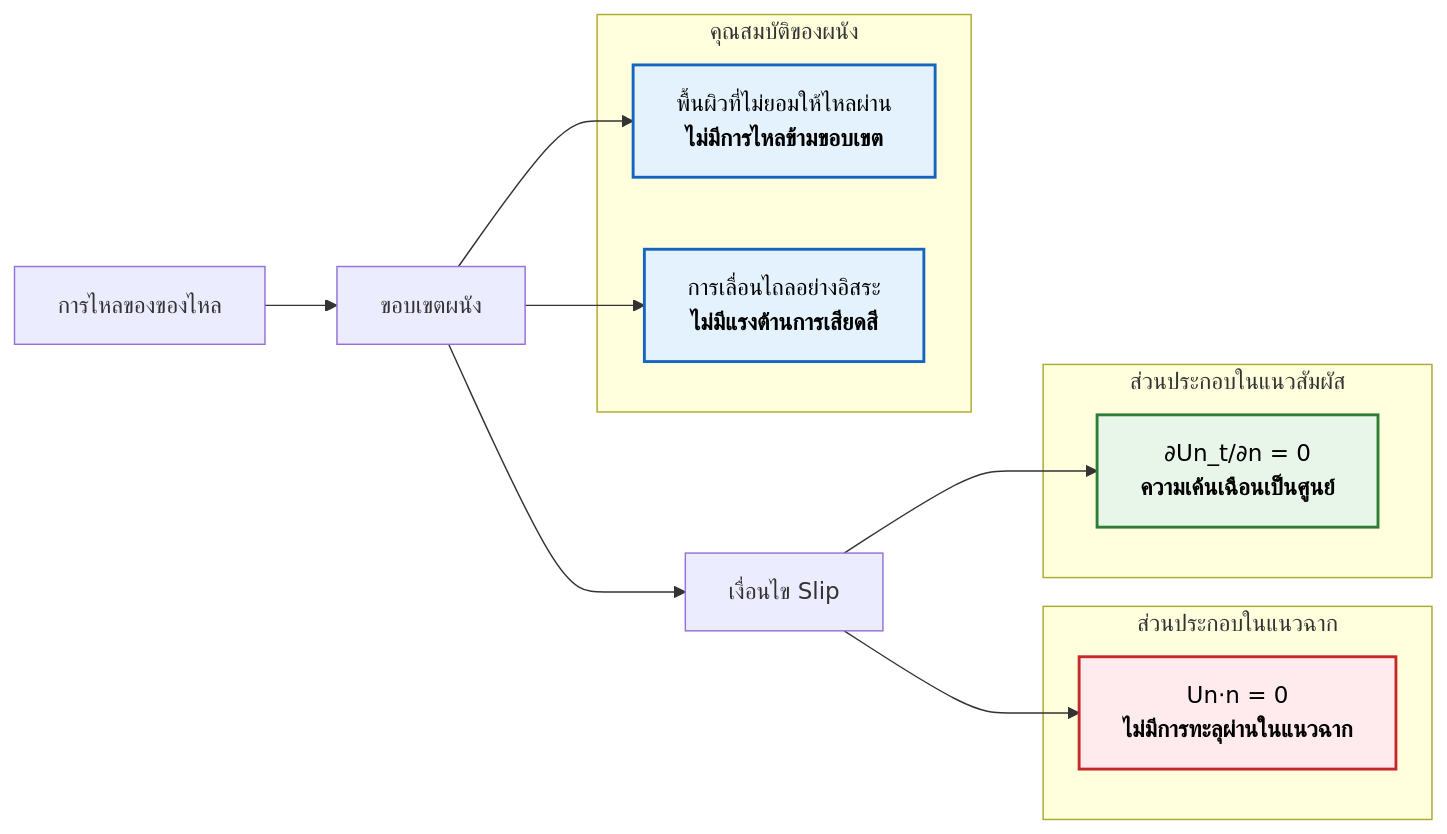
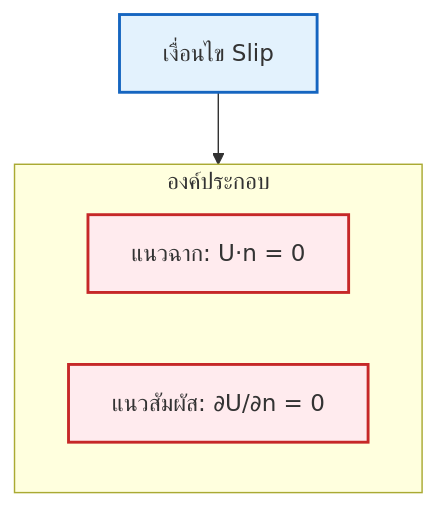
The second of 3 diagrams in MODULE_01_CFD_FUNDAMENTALS/CONTENT/03_BOUNDARY_CONDITIONS/05_Common_Boundary_Conditions_in_OpenFOAM.md (wramet/build-my-cfd), drawn with Mermaid before and after one commit. The commit also changed other lines of this file and 313 other files, not shown here.

Commit message:
Revise all diagram

````diff
--- a/MODULE_01_CFD_FUNDAMENTALS/CONTENT/03_BOUNDARY_CONDITIONS/05_Common_Boundary_Conditions_in_OpenFOAM.md
+++ b/MODULE_01_CFD_FUNDAMENTALS/CONTENT/03_BOUNDARY_CONDITIONS/05_Common_Boundary_Conditions_in_OpenFOAM.md
@@ -210,27 +205,13 @@
 ```mermaid
-graph LR
-    A["การไหลของของไหล"] --> B["ขอบเขตผนัง"]
-    B --> C["เงื่อนไข Slip"]
-
-    subgraph "ส่วนประกอบในแนวฉาก"
-        N1["Un⋅n = 0<br/><b>ไม่มีการทะลุผ่านในแนวฉาก</b>"]
-        style N1 fill:#ffebee,stroke:#c62828,stroke-width:2px,color:#000
-    end
-
-    subgraph "ส่วนประกอบในแนวสัมผัส"
-        T1["∂Un_t/∂n = 0<br/><b>ความเค้นเฉือนเป็นศูนย์</b>"]
-        style T1 fill:#e8f5e9,stroke:#2e7d32,stroke-width:2px,color:#000
-    end
-
-    subgraph "คุณสมบัติของผนัง"
-        W1["พื้นผิวที่ไม่ยอมให้ไหลผ่าน<br/><b>ไม่มีการไหลข้ามขอบเขต</b>"]
-        W2["การเลื่อนไถลอย่างอิสระ<br/><b>ไม่มีแรงต้านการเสียดสี</b>"]
-        style W1 fill:#e3f2fd,stroke:#1565c0,stroke-width:2px,color:#000
-        style W2 fill:#e3f2fd,stroke:#1565c0,stroke-width:2px,color:#000
-    end
-
-    C --> N1
-    C --> T1
-    B --> W1
-    B --> W2
+graph TD
+%% Thai Slip
+Slip["เงื่อนไข Slip"]:::implicit
+subgraph Components ["องค์ประกอบ"]
+Norm["แนวฉาก: U·n = 0"]:::explicit
+Tang["แนวสัมผัส: ∂U/∂n = 0"]:::explicit
+end
+Slip --> Components
+%% Classes
+classDef implicit fill:#e3f2fd,stroke:#1565c0,stroke-width:2px;
+classDef explicit fill:#ffebee,stroke:#c62828,stroke-width:2px;
 ```
````
